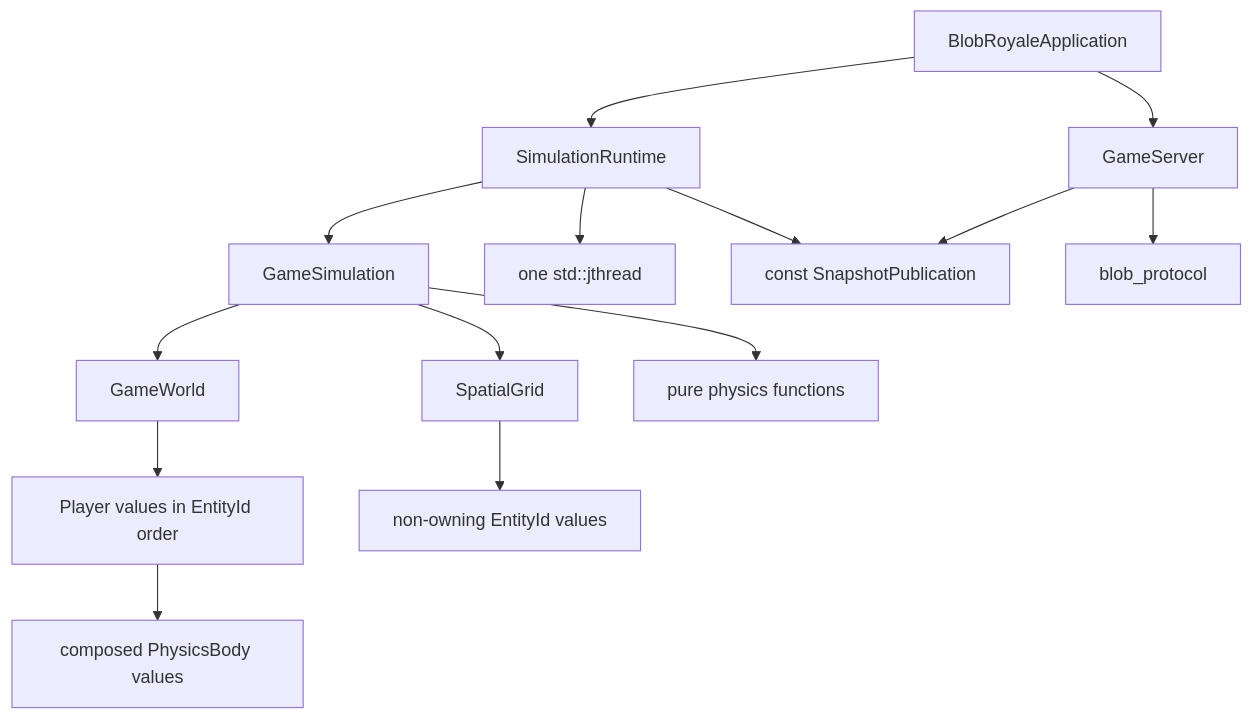
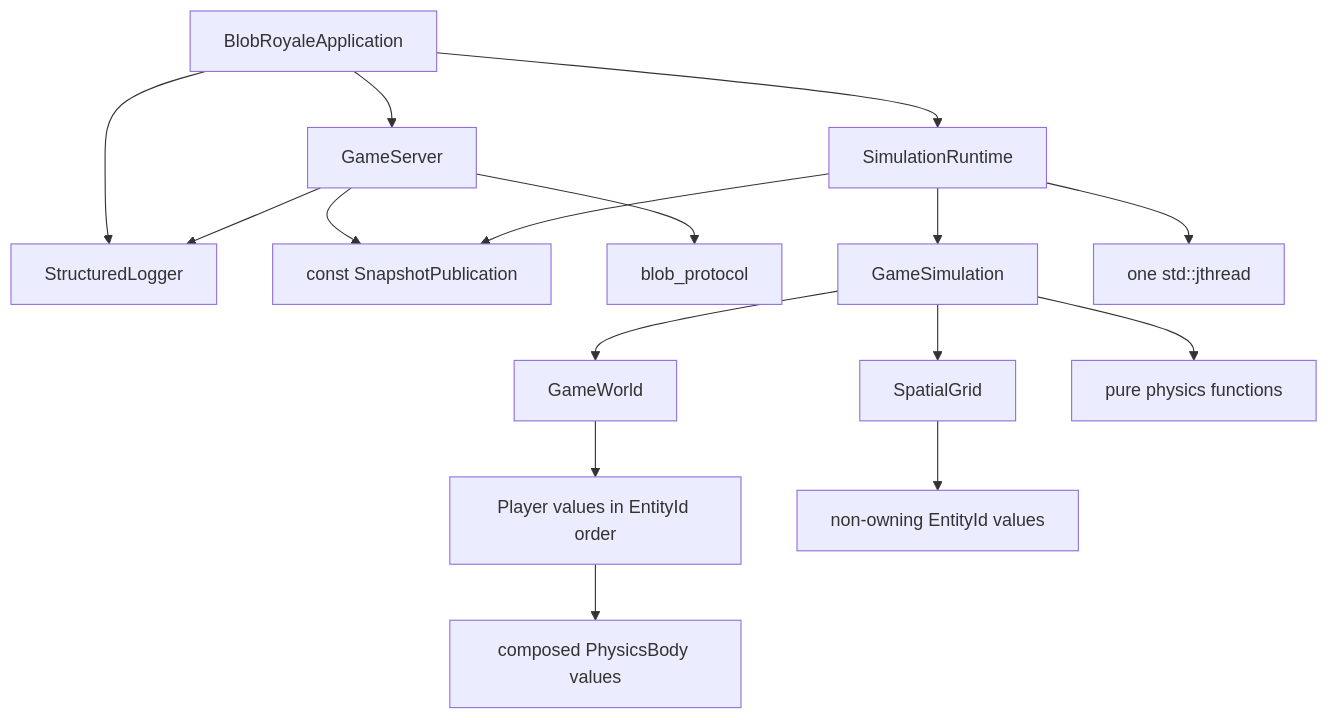
One commit to scshafe/blob-royale changed the diagram in docs/architecture/0002-simulation-architecture.md. Above: the diagram before and after it, drawn with Mermaid. The commit also changed other lines of this file and 286 other files, not shown here.

````diff
--- a/docs/architecture/0002-simulation-architecture.md
+++ b/docs/architecture/0002-simulation-architecture.md
@@ -29,16 +43,18 @@
 ```mermaid
 flowchart TD
     Application[BlobRoyaleApplication] --> Runtime[SimulationRuntime]
     Application --> Server[GameServer]
+    Application --> Logger[StructuredLogger]
+    Server --> Logger
     Server --> Publication[const SnapshotPublication]
     Server --> Protocol[blob_protocol]
     Runtime --> Simulation[GameSimulation]
     Runtime --> Thread[one std::jthread]
     Runtime --> Publication
     Simulation --> World[GameWorld]
     Simulation --> Grid[SpatialGrid]
     Simulation --> Physics[pure physics functions]
     World --> Players[Player values in EntityId order]
     Players --> Bodies[composed PhysicsBody values]
     Grid --> Ids[non-owning EntityId values]
 ```
````
